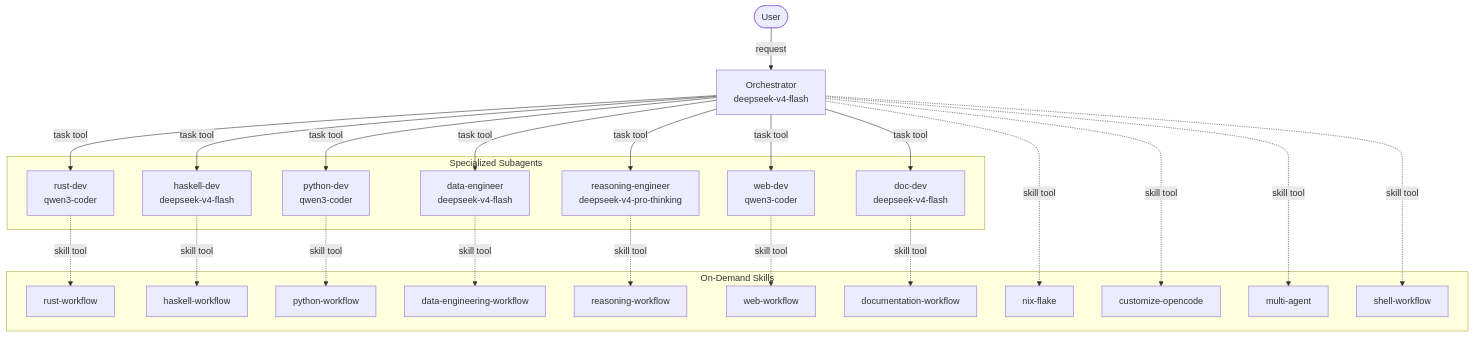
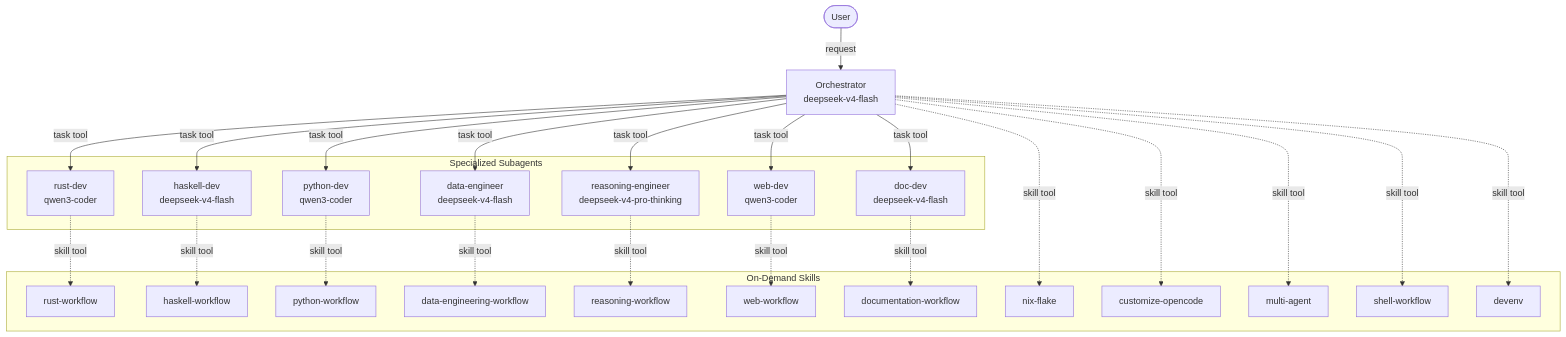
One commit to Dietr1ch/mttm changed the diagram in README.org. Above: the diagram before and after it, drawn with Mermaid. The commit also changed other lines of this file and 2 other files, not shown here.

Commit message:
Add devenv skill

```diff
--- a/README.org
+++ b/README.org
@@ -45,48 +45,50 @@
 #+begin_src mermaid :file .img/architecture.png :width 1024px :exports both
   flowchart TB
       User([User]) -->|request| ORC[Orchestrator<br/>deepseek-v4-flash]
 
       subgraph Subagents [Specialized Subagents]
           RS[rust-dev<br/>qwen3-coder]
           HS[haskell-dev<br/>deepseek-v4-flash]
           PY[python-dev<br/>qwen3-coder]
           DE[data-engineer<br/>deepseek-v4-flash]
           RE[reasoning-engineer<br/>deepseek-v4-pro-thinking]
           WB[web-dev<br/>qwen3-coder]
           DD[doc-dev<br/>deepseek-v4-flash]
       end
 
       ORC -->|task tool| RS
       ORC -->|task tool| HS
       ORC -->|task tool| PY
       ORC -->|task tool| DE
       ORC -->|task tool| RE
       ORC -->|task tool| WB
       ORC -->|task tool| DD
 
       subgraph Skills [On-Demand Skills]
           SK1[rust-workflow]
           SK2[haskell-workflow]
           SK3[python-workflow]
           SK4[data-engineering-workflow]
           SK5[reasoning-workflow]
           SK6[web-workflow]
           SK7[shell-workflow]
           SK8[nix-flake]
           SK9[customize-opencode]
           SK10[multi-agent]
           SK11[documentation-workflow]
+          SK12[devenv]
       end
 
       RS -.->|skill tool| SK1
       HS -.->|skill tool| SK2
       PY -.->|skill tool| SK3
       DE -.->|skill tool| SK4
       RE -.->|skill tool| SK5
       WB -.->|skill tool| SK6
       DD -.->|skill tool| SK11
       ORC -.->|skill tool| SK8
       ORC -.->|skill tool| SK9
       ORC -.->|skill tool| SK10
       ORC -.->|skill tool| SK7
+      ORC -.->|skill tool| SK12
 #+end_src
```
